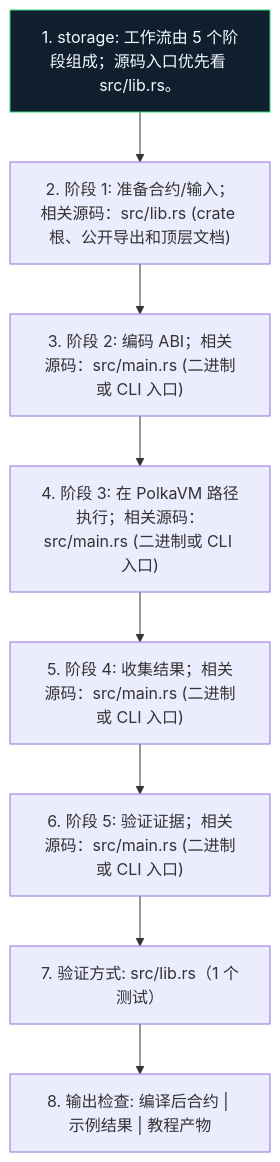
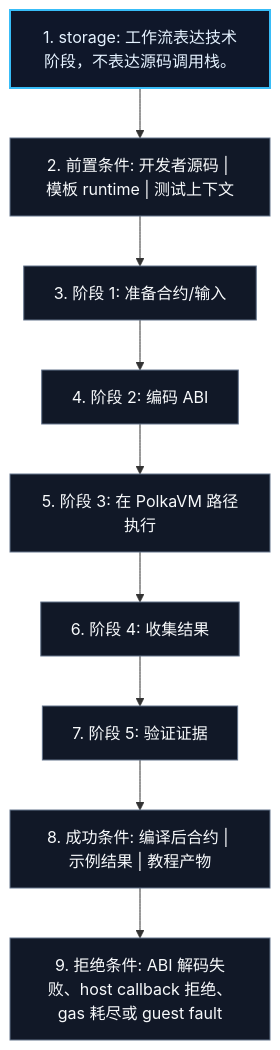
The diagram in examples/storage/docs/figures/workflow.zh.mmd (r3e-network/neo-riscv-vm), drawn with Mermaid before and after one commit. The commit also changed 831 other files, not shown here.

Commit message:
Replace crate diagrams with technical views

```diff
--- a/examples/storage/docs/figures/workflow.zh.mmd
+++ b/examples/storage/docs/figures/workflow.zh.mmd
@@ -1,18 +1,22 @@
 flowchart TB
-    N1["1. storage: 工作流由 5 个阶段组成；源码入口优先看 src/lib.rs。"]
-    N2["2. 阶段 1: 准备合约/输入；相关源码：src/lib.rs (crate 根、公开导出和顶层文档)"]
-    N3["3. 阶段 2: 编码 ABI；相关源码：src/main.rs (二进制或 CLI 入口)"]
-    N4["4. 阶段 3: 在 PolkaVM 路径执行；相关源码：src/main.rs (二进制或 CLI 入口)"]
-    N5["5. 阶段 4: 收集结果；相关源码：src/main.rs (二进制或 CLI 入口)"]
-    N6["6. 阶段 5: 验证证据；相关源码：src/main.rs (二进制或 CLI 入口)"]
-    N7["7. 验证方式: src/lib.rs（1 个测试）"]
-    N8["8. 输出检查: 编译后合约 | 示例结果 | 教程产物"]
+    N1["1. storage: 工作流表达技术阶段，不表达源码调用栈。"]
+    N2["2. 前置条件: 开发者源码 | 模板 runtime | 测试上下文"]
+    N3["3. 阶段 1: 准备合约/输入"]
+    N4["4. 阶段 2: 编码 ABI"]
+    N5["5. 阶段 3: 在 PolkaVM 路径执行"]
+    N6["6. 阶段 4: 收集结果"]
+    N7["7. 阶段 5: 验证证据"]
+    N8["8. 成功条件: 编译后合约 | 示例结果 | 教程产物"]
+    N9["9. 拒绝条件: ABI 解码失败、host callback 拒绝、gas 耗尽或 guest fault"]
     N1 --> N2
     N2 --> N3
     N3 --> N4
     N4 --> N5
     N5 --> N6
     N6 --> N7
     N7 --> N8
-    classDef crate fill:#101f2d,stroke:#38d978,color:#f6fbff
-    class N1 crate
+    N8 --> N9
+    classDef core fill:#0f172a,stroke:#38bdf8,color:#e5f2ff,stroke-width:2px;
+    classDef support fill:#111827,stroke:#64748b,color:#f8fafc;
+    class N1 core;
+    class N2,N3,N4,N5,N6,N7,N8,N9 support;
```
